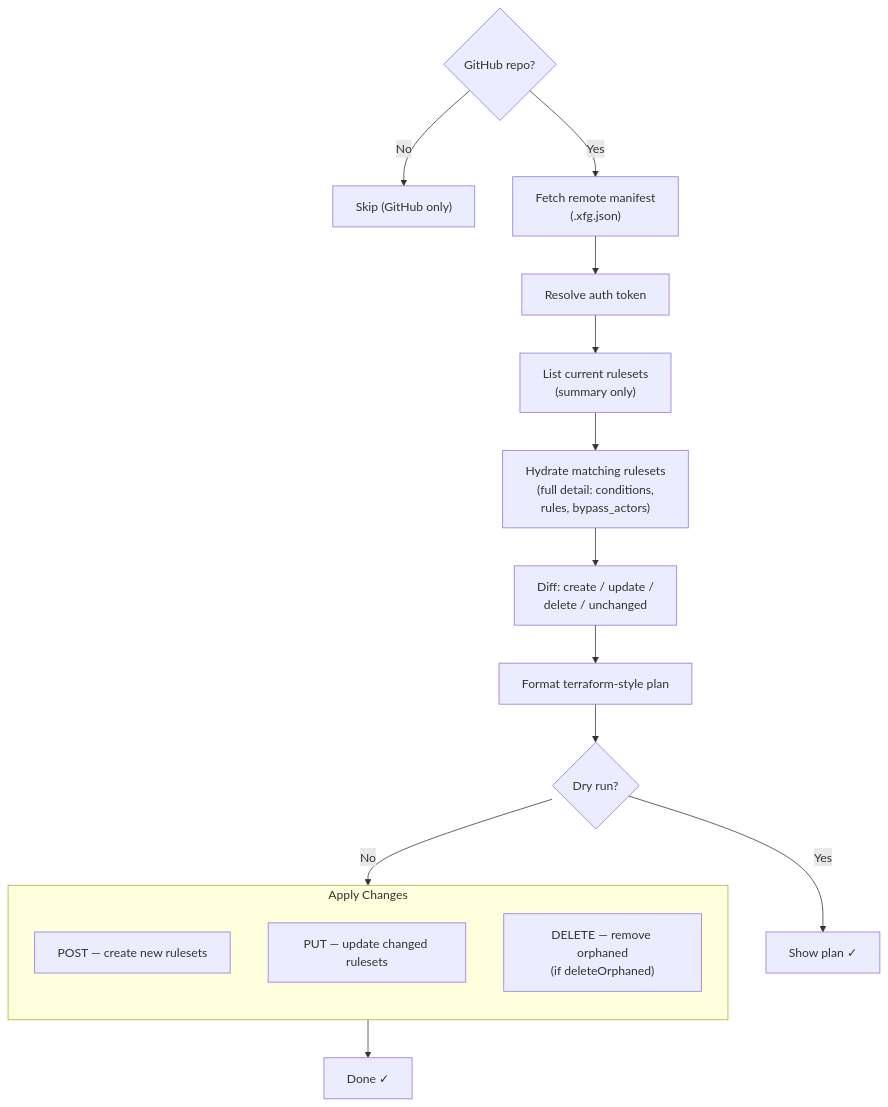
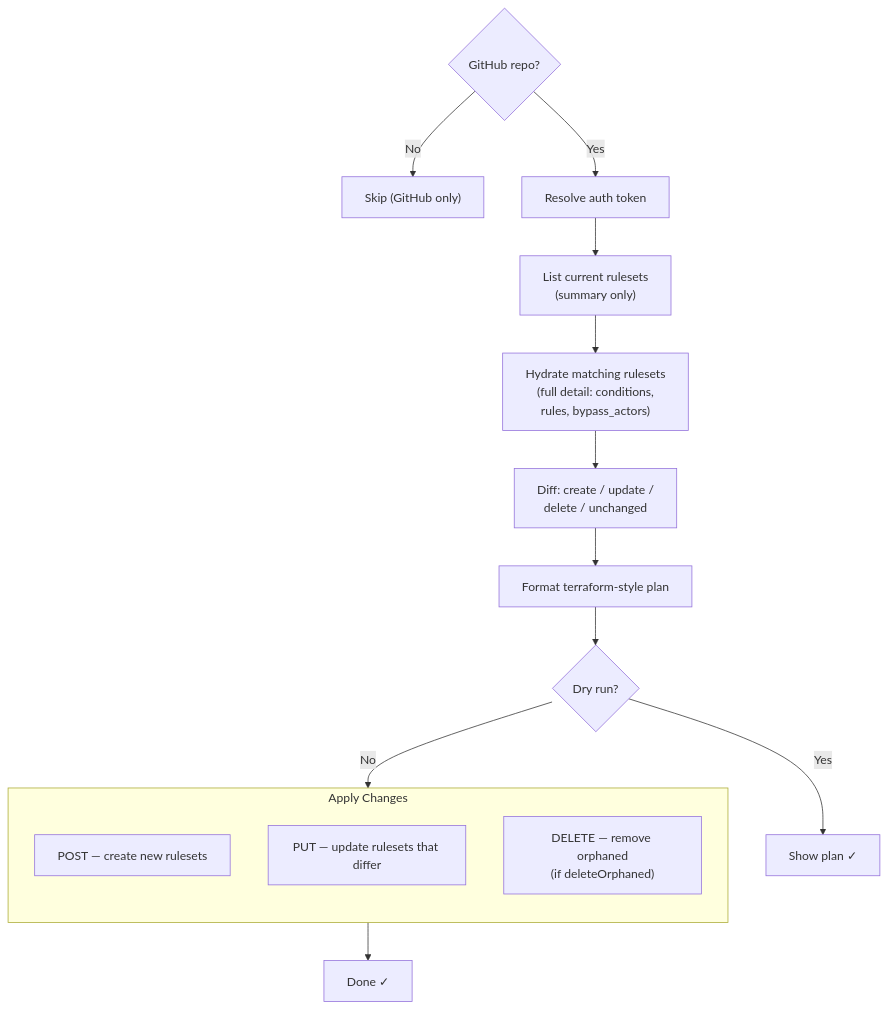
The fourth of 7 diagrams in docs/index.md (anthony-spruyt/xfg), drawn with Mermaid before and after one commit. The commit also changed other lines of this file and 52 other files, not shown here.

````diff
--- a/docs/index.md
+++ b/docs/index.md
@@ -368,25 +383,23 @@
 ```mermaid
 flowchart TB
     GUARD{GitHub repo?} -->|No| SKIP_P["Skip (GitHub only)"]
-    GUARD -->|Yes| FETCH_MANIFEST["Fetch remote manifest<br/>(.xfg.json)"]
-
-    FETCH_MANIFEST --> TOKEN["Resolve auth token"]
+    GUARD -->|Yes| TOKEN["Resolve auth token"]
 
     TOKEN --> LIST["List current rulesets<br/>(summary only)"]
     LIST --> HYDRATE["Hydrate matching rulesets<br/>(full detail: conditions,<br/>rules, bypass_actors)"]
 
     HYDRATE --> DIFF["Diff: create / update /<br/>delete / unchanged"]
     DIFF --> PLAN["Format terraform-style plan"]
     PLAN --> DRY{Dry run?}
     DRY -->|Yes| SHOW["Show plan ✓"]
     DRY -->|No| APPLY
 
     subgraph APPLY["Apply Changes"]
         direction TB
         C["POST — create new rulesets"]
-        U["PUT — update changed rulesets"]
+        U["PUT — update rulesets that differ"]
         D["DELETE — remove orphaned<br/>(if deleteOrphaned)"]
     end
 
     APPLY --> DONE["Done ✓"]
 ```
````
